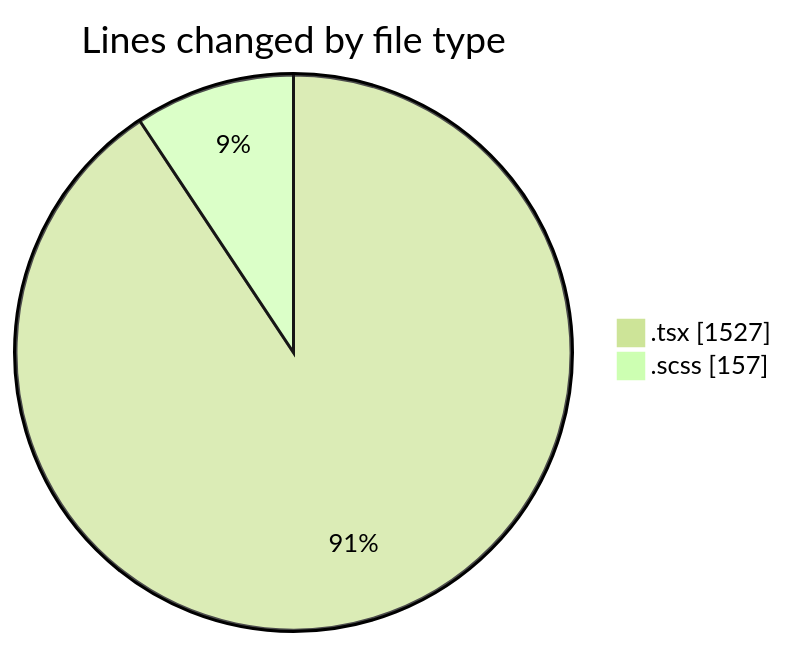
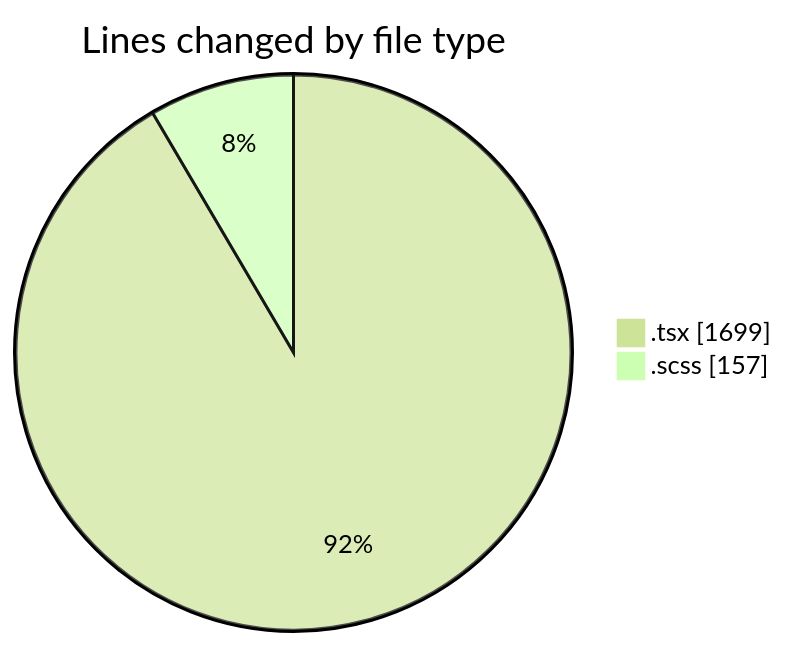
The first of 2 diagrams in 2025-04-07/cda/README.md (momahboobian/code-tracking), drawn with Mermaid (forest theme) before and after one commit. The commit also changed other lines of this file and 1 other file, not shown here.

````diff
--- a/2025-04-07/cda/README.md
+++ b/2025-04-07/cda/README.md
@@ -25,6 +26,6 @@
 ```mermaid
 pie showData
 title Lines changed by file type
-".tsx" : 1527
+".tsx" : 1699
 ".scss" : 157
 ```
````
